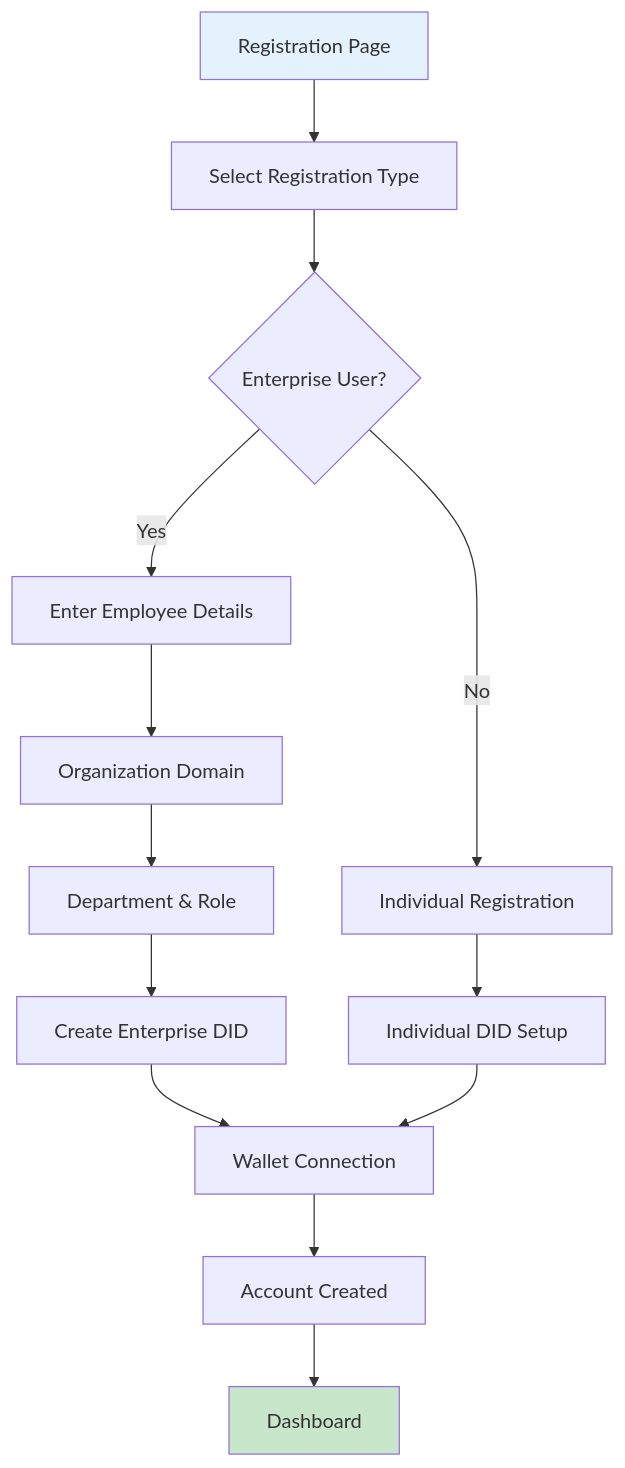
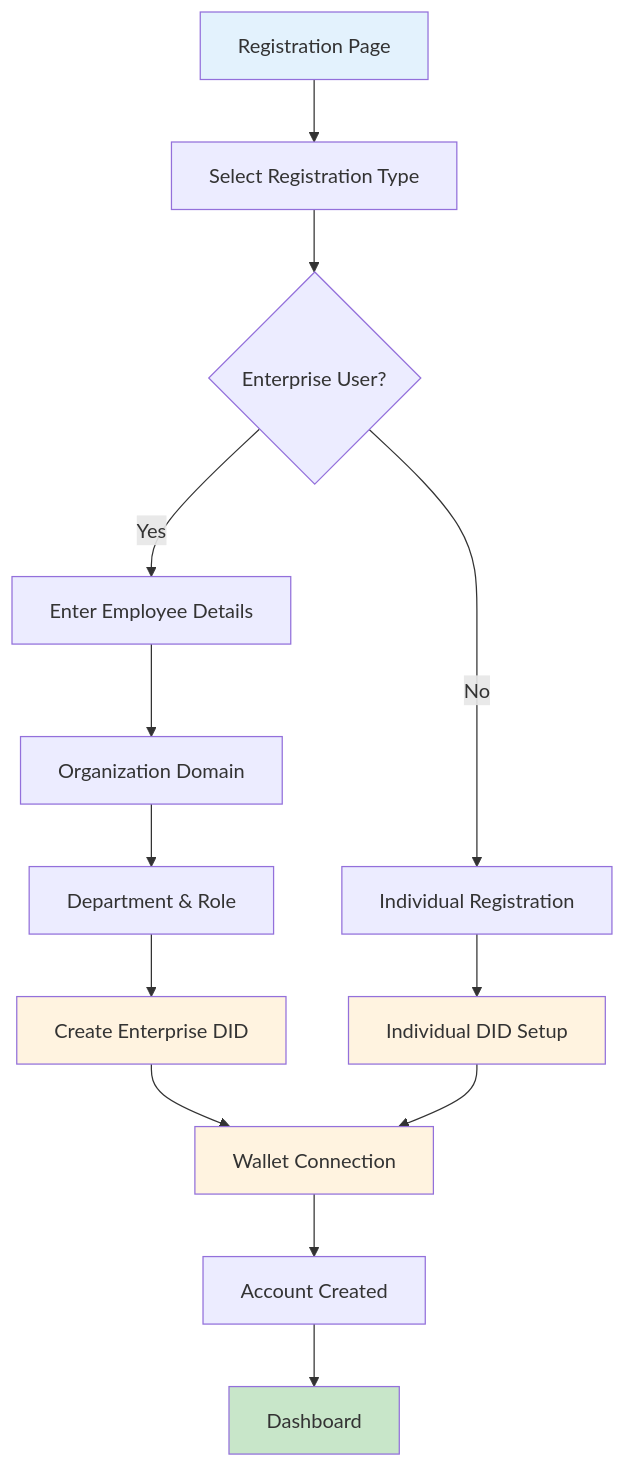
The third of 17 diagrams in UI_DESIGN_DOCUMENT.md (gitmujoshi/Confidential-AI-Network), drawn with Mermaid before and after one commit. The commit also changed other lines of this file, not shown here.

````diff
--- a/UI_DESIGN_DOCUMENT.md
+++ b/UI_DESIGN_DOCUMENT.md
@@ -170,19 +179,22 @@
 ```mermaid
-graph TD
+flowchart TD
     A[Registration Page] --> B[Select Registration Type]
     B --> C{Enterprise User?}
     C -->|Yes| D[Enter Employee Details]
     C -->|No| E[Individual Registration]
     D --> F[Organization Domain]
     F --> G[Department & Role]
     G --> H[Create Enterprise DID]
     H --> I[Wallet Connection]
     I --> J[Account Created]
     J --> K[Dashboard]
     
     E --> L[Individual DID Setup]
     L --> I
     
     style A fill:#e3f2fd
     style K fill:#c8e6c9
+    style H fill:#fff3e0
+    style I fill:#fff3e0
+    style L fill:#fff3e0
 ```
````
